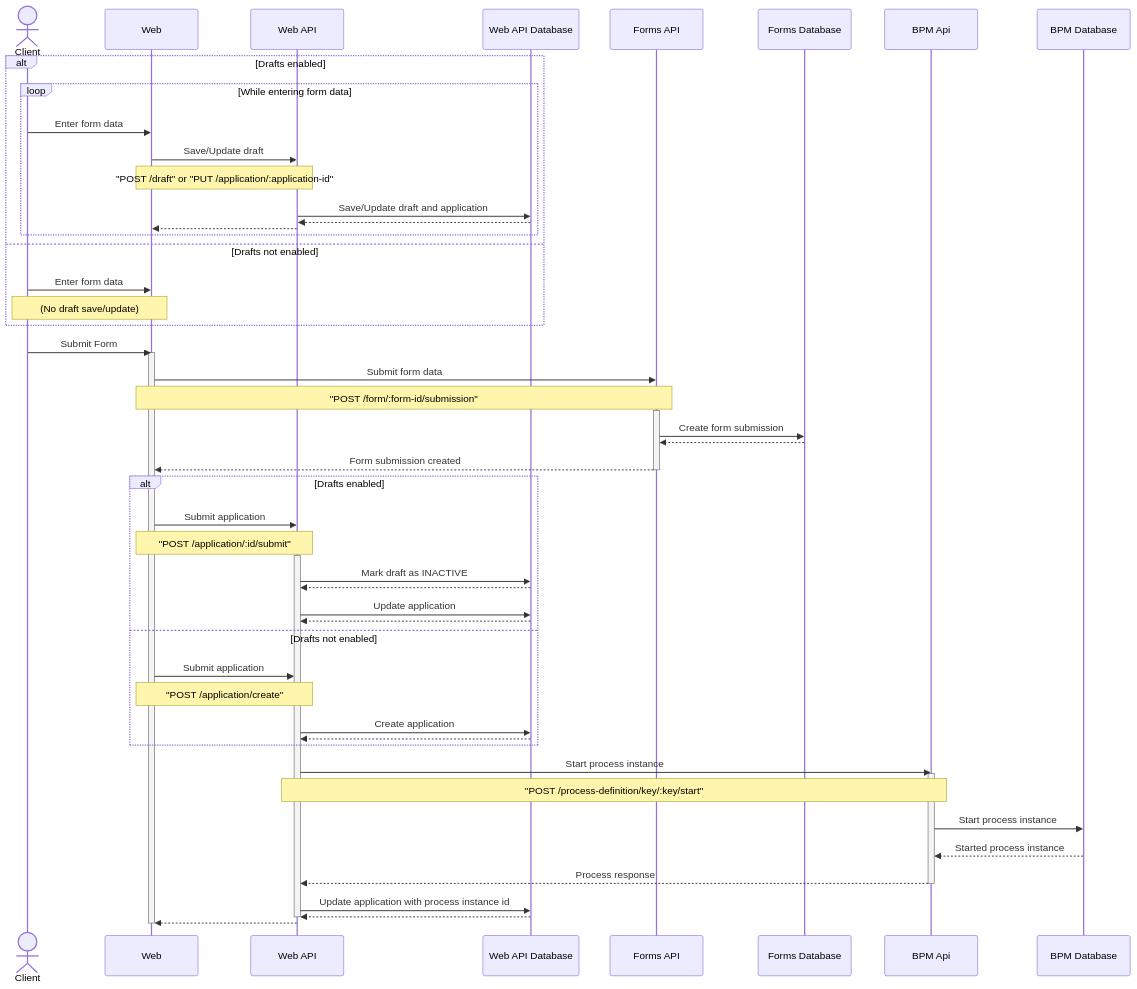
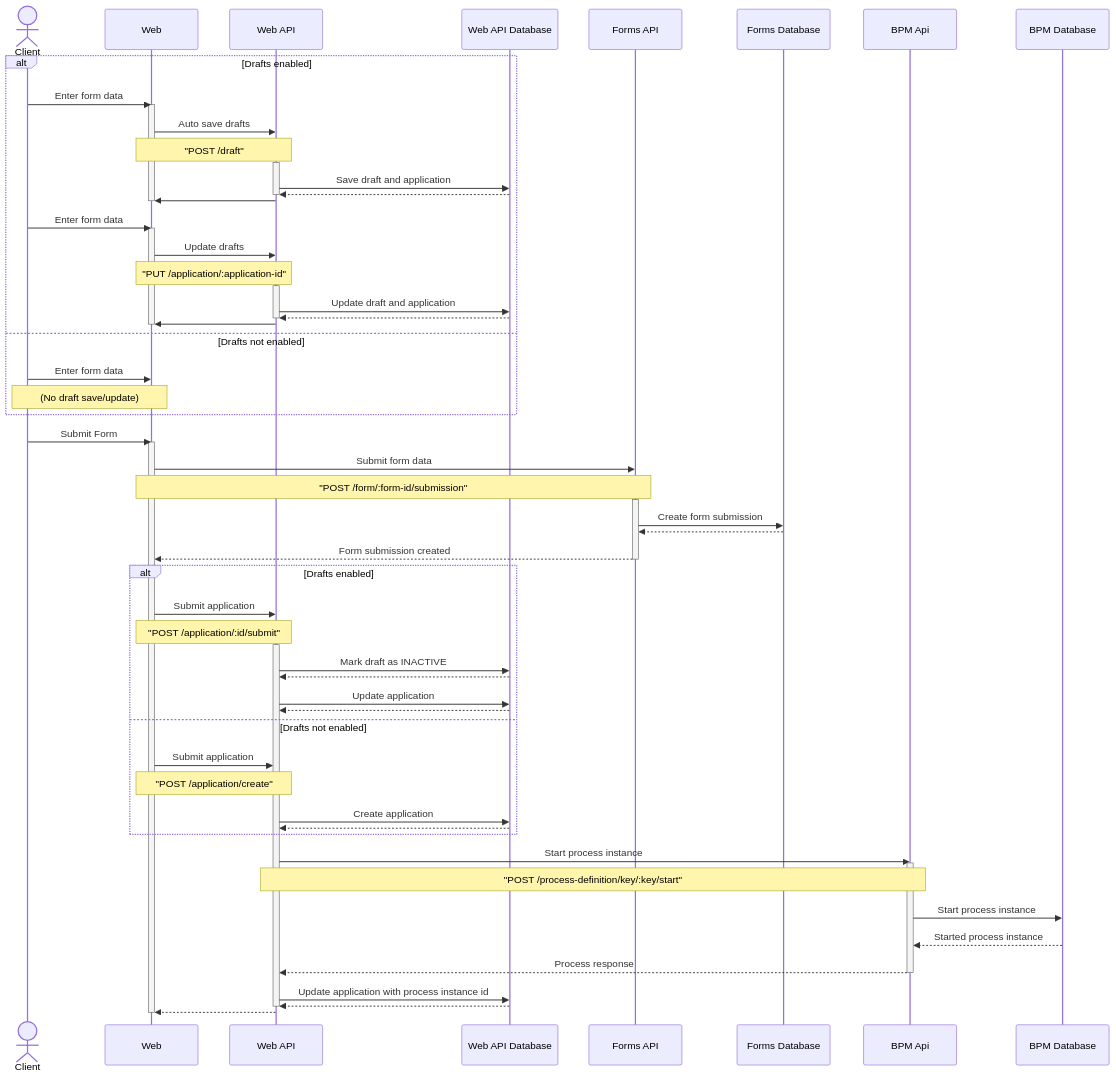
The diagram in docs/sequence-diagrams/client-flow.md (auslin-aot/forms-flow-ai), drawn with Mermaid before and after one commit.

````diff
--- a/docs/sequence-diagrams/client-flow.md
+++ b/docs/sequence-diagrams/client-flow.md
@@ -5,67 +5,80 @@
 ```mermaid
 sequenceDiagram
     actor Client as Client
     participant web as Web
     participant web-api as Web API
     participant web-api-db as Web API Database
     participant forms-api as Forms API
     participant forms-db as Forms Database
     participant bpm-api as BPM Api
     participant bpm-db as BPM Database
 
     alt Drafts enabled
-        loop While entering form data
-            Client ->> web: Enter form data
-            web ->> web-api: Save/Update draft
-            Note over web,web-api: "POST /draft" or "PUT /application/:application-id"
-            web-api ->> web-api-db: Save/Update draft and application
-            web-api-db -->> web-api: 
-            web-api -->> web: 
-        end
+        Client ->> web: Enter form data
+        activate web
+        web ->> web-api: Auto save drafts
+        Note over web,web-api: "POST /draft"
+        activate web-api
+        web-api ->> web-api-db: Save draft and application
+        web-api-db -->> web-api: 
+        deactivate web-api
+        web-api ->> web: 
+        deactivate web
+
+        Client ->> web: Enter form data
+        activate web
+        web ->> web-api: Update drafts
+        Note over web,web-api: "PUT /application/:application-id"
+        activate web-api
+        web-api ->> web-api-db: Update draft and application
+        web-api-db -->> web-api: 
+        deactivate web-api
+        web-api ->> web: 
+        deactivate web
     else Drafts not enabled
         Client ->> web: Enter form data
         Note over Client,web: (No draft save/update)
     end
 
     Client ->> web: Submit Form
     activate web
     web ->> forms-api: Submit form data
     Note over web,forms-api: "POST /form/:form-id/submission"
     activate forms-api
     forms-api->>forms-db: Create form submission
     forms-db -->> forms-api: 
     forms-api -->> web: Form submission created
     deactivate forms-api
 
     alt Drafts enabled
         web ->> web-api: Submit application
         Note over web,web-api: "POST /application/:id/submit"
         activate web-api
         web-api->>web-api-db: Mark draft as INACTIVE
         web-api-db -->> web-api: 
         web-api->>web-api-db: Update application
         web-api-db -->> web-api: 
     else Drafts not enabled
         web ->> web-api: Submit application
         Note over web,web-api: "POST /application/create"
         web-api->>web-api-db: Create application
         web-api-db -->> web-api: 
     end
 
     
 
     web-api->>bpm-api: Start process instance
     activate bpm-api
     Note over web-api,bpm-api: "POST /process-definition/key/:key/start"
     bpm-api ->> bpm-db: Start process instance
     bpm-db -->> bpm-api: Started process instance
     bpm-api -->> web-api: Process response
     deactivate bpm-api
     web-api ->> web-api-db: Update application with process instance id
     web-api-db -->> web-api: 
     deactivate web-api
     web-api -->> web: 
     deactivate web
 
 
 ```
````
